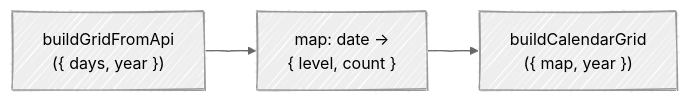
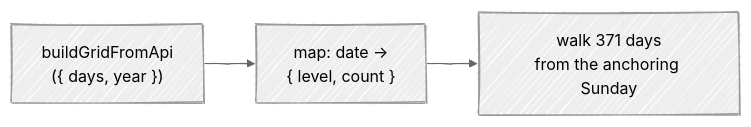
One commit to fbuireu/contribKit changed the second of 2 diagrams in docs/wiki/Calendar-Grid.md. Above: the diagram before and after it, drawn with Mermaid. The commit also changed other lines of this file and 246 other files, not shown here.

Commit message:
Refactor/architecture pass 3 (#121)

````diff
--- a/docs/wiki/Calendar-Grid.md
+++ b/docs/wiki/Calendar-Grid.md
@@ -49,10 +49,10 @@
 ```mermaid
 ---
 config:
   look: handDrawn
   theme: neutral
 ---
 flowchart LR
     days["buildGridFromApi<br/>({ days, year })"] --> map["map: date →<br/>{ level, count }"]
-    map --> build["buildCalendarGrid<br/>({ map, year })"]
+    map --> build["walk 371 days<br/>from the anchoring Sunday"]
 ```
````
